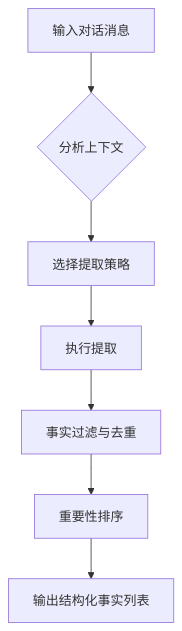
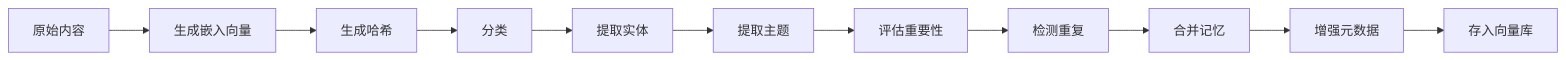
The diagram in litho.docs/4、深入探索/记忆管理域.md (sopaco/cortex-mem), drawn with Mermaid before and after one commit. The commit also changed other lines of this file and 18 other files, not shown here.

````diff
--- a/litho.docs/4、深入探索/记忆管理域.md
+++ b/litho.docs/4、深入探索/记忆管理域.md
@@ -166,9 +89,13 @@
 ```mermaid
-graph TD
-    A[输入对话消息] --> B{分析上下文}
-    B --> C[选择提取策略]
-    C --> D[执行提取]
-    D --> E[事实过滤与去重]
-    E --> F[重要性排序]
-    F --> G[输出结构化事实列表]
+graph LR
+    A[原始内容] --> B[生成嵌入向量]
+    B --> C[生成哈希]
+    C --> D[分类]
+    D --> E[提取实体]
+    E --> F[提取主题]
+    F --> G[评估重要性]
+    G --> H[检测重复]
+    H --> I[合并记忆]
+    I --> J[增强元数据]
+    J --> K[存入向量库]
 ```
````
